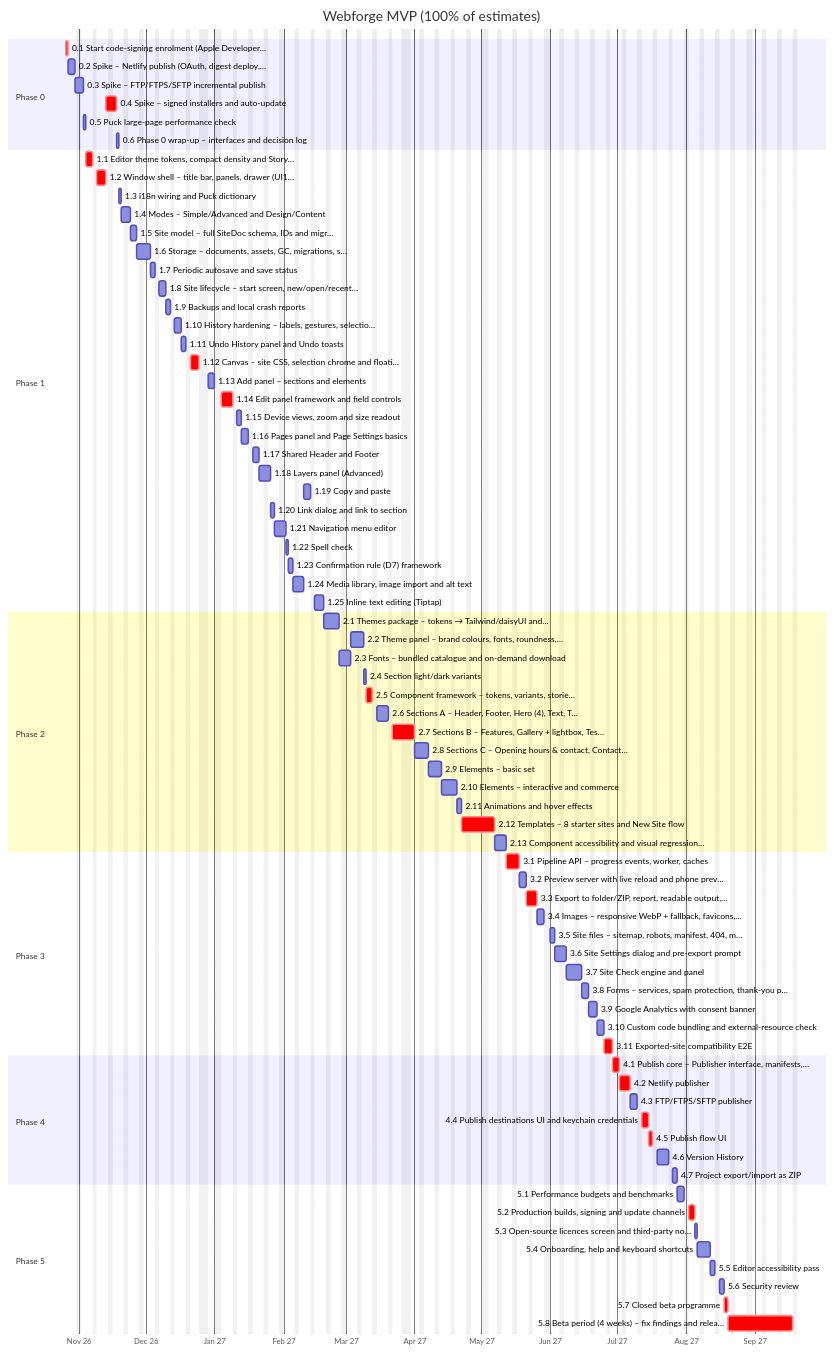
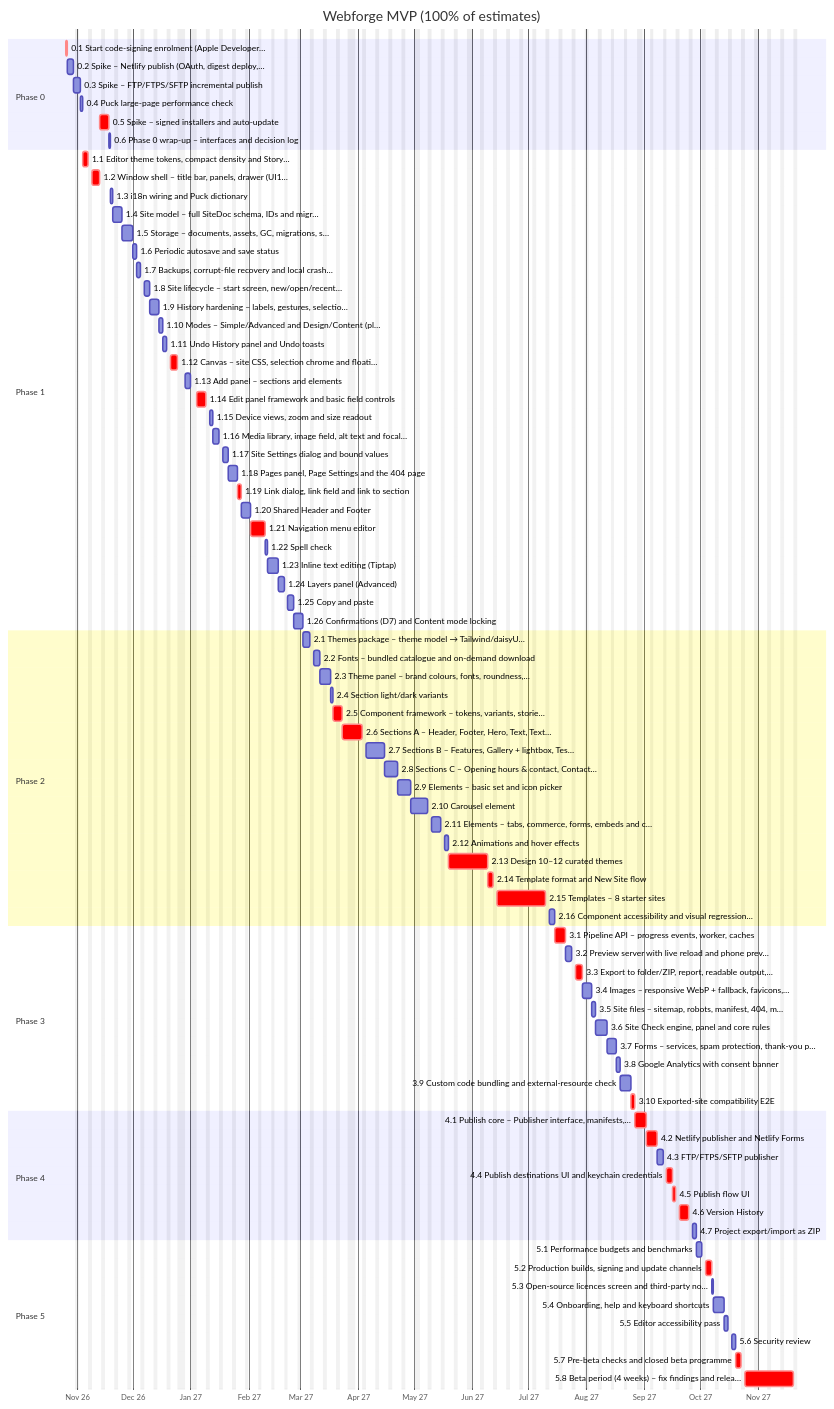
Before and after one commit to nexustech/webforge: the diagram in spec/04-implementation-plan.md, drawn with Mermaid. The commit also changed other lines of this file and 1 other file, not shown here.

First line of the commit message:
docs(spec): apply review fixes to the implementation plan

````diff
--- a/spec/04-implementation-plan.md
+++ b/spec/04-implementation-plan.md
@@ -67,76 +67,79 @@
     0.1 Start code-signing enrolment (Apple Developer… :crit, t0_1, 2026-10-26, 1d
     0.2 Spike – Netlify publish (OAuth, digest deploy,… :t0_2, 2026-10-27, 3d
     0.3 Spike – FTP/FTPS/SFTP incremental publish :t0_3, 2026-10-30, 2d
-    0.4 Spike – signed installers and auto-update :crit, t0_4, 2026-11-13, 3d
-    0.5 Puck large-page performance check :t0_5, 2026-11-03, 1d
+    0.4 Puck large-page performance check :t0_4, 2026-11-03, 1d
+    0.5 Spike – signed installers and auto-update :crit, t0_5, 2026-11-13, 3d
     0.6 Phase 0 wrap-up – interfaces and decision log :t0_6, 2026-11-18, 1d
     section Phase 1
     1.1 Editor theme tokens, compact density and Story… :crit, t1_1, 2026-11-04, 3d
     1.2 Window shell – title bar, panels, drawer (UI1… :crit, t1_2, 2026-11-09, 4d
     1.3 i18n wiring and Puck dictionary :t1_3, 2026-11-19, 1d
-    1.4 Modes – Simple/Advanced and Design/Content :t1_4, 2026-11-20, 2d
-    1.5 Site model – full SiteDoc schema, IDs and migr… :t1_5, 2026-11-24, 3d
-    1.6 Storage – documents, assets, GC, migrations, s… :t1_6, 2026-11-27, 4d
-    1.7 Periodic autosave and save status :t1_7, 2026-12-03, 2d
+    1.4 Site model – full SiteDoc schema, IDs and migr… :t1_4, 2026-11-20, 3d
+    1.5 Storage – documents, assets, GC, migrations, s… :t1_5, 2026-11-25, 4d
+    1.6 Periodic autosave and save status :t1_6, 2026-12-01, 2d
+    1.7 Backups, corrupt-file recovery and local crash… :t1_7, 2026-12-03, 2d
     1.8 Site lifecycle – start screen, new/open/recent… :t1_8, 2026-12-07, 3d
-    1.9 Backups and local crash reports :t1_9, 2026-12-10, 2d
-    1.10 History hardening – labels, gestures, selectio… :t1_10, 2026-12-14, 3d
+    1.9 History hardening – labels, gestures, selectio… :t1_9, 2026-12-10, 3d
+    1.10 Modes – Simple/Advanced and Design/Content (pl… :t1_10, 2026-12-15, 2d
     1.11 Undo History panel and Undo toasts :t1_11, 2026-12-17, 2d
     1.12 Canvas – site CSS, selection chrome and floati… :crit, t1_12, 2026-12-21, 4d
     1.13 Add panel – sections and elements :t1_13, 2026-12-29, 3d
-    1.14 Edit panel framework and field controls :crit, t1_14, 2027-01-04, 5d
+    1.14 Edit panel framework and basic field controls :crit, t1_14, 2027-01-04, 5d
     1.15 Device views, zoom and size readout :t1_15, 2027-01-11, 2d
-    1.16 Pages panel and Page Settings basics :t1_16, 2027-01-13, 3d
-    1.17 Shared Header and Footer :t1_17, 2027-01-18, 3d
-    1.18 Layers panel (Advanced) :t1_18, 2027-01-21, 3d
-    1.19 Copy and paste :t1_19, 2027-02-10, 3d
-    1.20 Link dialog and link to section :t1_20, 2027-01-26, 2d
-    1.21 Navigation menu editor :t1_21, 2027-01-28, 3d
-    1.22 Spell check :t1_22, 2027-02-02, 1d
-    1.23 Confirmation rule (D7) framework :t1_23, 2027-02-03, 2d
-    1.24 Media library, image import and alt text :t1_24, 2027-02-05, 3d
-    1.25 Inline text editing (Tiptap) :t1_25, 2027-02-15, 4d
+    1.16 Media library, image field, alt text and focal… :t1_16, 2027-01-13, 3d
+    1.17 Site Settings dialog and bound values :t1_17, 2027-01-18, 3d
+    1.18 Pages panel, Page Settings and the 404 page :t1_18, 2027-01-21, 3d
+    1.19 Link dialog, link field and link to section :crit, t1_19, 2027-01-26, 2d
+    1.20 Shared Header and Footer :t1_20, 2027-01-28, 3d
+    1.21 Navigation menu editor :crit, t1_21, 2027-02-02, 6d
+    1.22 Spell check :t1_22, 2027-02-10, 1d
+    1.23 Inline text editing (Tiptap) :t1_23, 2027-02-11, 4d
+    1.24 Layers panel (Advanced) :t1_24, 2027-02-17, 3d
+    1.25 Copy and paste :t1_25, 2027-02-22, 3d
+    1.26 Confirmations (D7) and Content mode locking :t1_26, 2027-02-25, 3d
     section Phase 2
-    2.1 Themes package – tokens → Tailwind/daisyUI and… :t2_1, 2027-02-19, 5d
-    2.2 Theme panel – brand colours, fonts, roundness,… :t2_2, 2027-03-03, 4d
-    2.3 Fonts – bundled catalogue and on-demand download :t2_3, 2027-02-26, 3d
-    2.4 Section light/dark variants :t2_4, 2027-03-09, 1d
-    2.5 Component framework – tokens, variants, storie… :crit, t2_5, 2027-03-10, 3d
-    2.6 Sections A – Header, Footer, Hero (4), Text, T… :t2_6, 2027-03-15, 5d
-    2.7 Sections B – Features, Gallery + lightbox, Tes… :crit, t2_7, 2027-03-22, 6d
-    2.8 Sections C – Opening hours & contact, Contact… :t2_8, 2027-04-01, 4d
-    2.9 Elements – basic set :t2_9, 2027-04-07, 4d
-    2.10 Elements – interactive and commerce :t2_10, 2027-04-13, 5d
-    2.11 Animations and hover effects :t2_11, 2027-04-20, 2d
-    2.12 Templates – 8 starter sites and New Site flow :crit, t2_12, 2027-04-22, 10d
-    2.13 Component accessibility and visual regression… :t2_13, 2027-05-07, 3d
+    2.1 Themes package – theme model → Tailwind/daisyU… :t2_1, 2027-03-02, 4d
+    2.2 Fonts – bundled catalogue and on-demand download :t2_2, 2027-03-08, 3d
+    2.3 Theme panel – brand colours, fonts, roundness,… :t2_3, 2027-03-11, 4d
+    2.4 Section light/dark variants :t2_4, 2027-03-17, 1d
+    2.5 Component framework – tokens, variants, storie… :crit, t2_5, 2027-03-18, 3d
+    2.6 Sections A – Header, Footer, Hero, Text, Text… :crit, t2_6, 2027-03-23, 7d
+    2.7 Sections B – Features, Gallery + lightbox, Tes… :t2_7, 2027-04-05, 8d
+    2.8 Sections C – Opening hours & contact, Contact… :t2_8, 2027-04-15, 5d
+    2.9 Elements – basic set and icon picker :t2_9, 2027-04-22, 5d
+    2.10 Carousel element :t2_10, 2027-04-29, 6d
+    2.11 Elements – tabs, commerce, forms, embeds and c… :t2_11, 2027-05-10, 5d
+    2.12 Animations and hover effects :t2_12, 2027-05-17, 2d
+    2.13 Design 10–12 curated themes :crit, t2_13, 2027-05-19, 14d
+    2.14 Template format and New Site flow :crit, t2_14, 2027-06-09, 3d
+    2.15 Templates – 8 starter sites :crit, t2_15, 2027-06-14, 20d
+    2.16 Component accessibility and visual regression… :t2_16, 2027-07-12, 3d
     section Phase 3
-    3.1 Pipeline API – progress events, worker, caches :crit, t3_1, 2027-05-12, 4d
-    3.2 Preview server with live reload and phone prev… :t3_2, 2027-05-18, 3d
-    3.3 Export to folder/ZIP, report, readable output,… :crit, t3_3, 2027-05-21, 3d
-    3.4 Images – responsive WebP + fallback, favicons,… :t3_4, 2027-05-26, 3d
-    3.5 Site files – sitemap, robots, manifest, 404, m… :t3_5, 2027-06-01, 2d
-    3.6 Site Settings dialog and pre-export prompt :t3_6, 2027-06-03, 3d
-    3.7 Site Check engine and panel :t3_7, 2027-06-08, 5d
-    3.8 Forms – services, spam protection, thank-you p… :t3_8, 2027-06-15, 3d
-    3.9 Google Analytics with consent banner :t3_9, 2027-06-18, 2d
-    3.10 Custom code bundling and external-resource check :t3_10, 2027-06-22, 3d
-    3.11 Exported-site compatibility E2E :crit, t3_11, 2027-06-25, 2d
+    3.1 Pipeline API – progress events, worker, caches :crit, t3_1, 2027-07-15, 4d
+    3.2 Preview server with live reload and phone prev… :t3_2, 2027-07-21, 3d
+    3.3 Export to folder/ZIP, report, readable output,… :crit, t3_3, 2027-07-26, 4d
+    3.4 Images – responsive WebP + fallback, favicons,… :t3_4, 2027-07-30, 3d
+    3.5 Site files – sitemap, robots, manifest, 404, m… :t3_5, 2027-08-04, 2d
+    3.6 Site Check engine, panel and core rules :t3_6, 2027-08-06, 4d
+    3.7 Forms – services, spam protection, thank-you p… :t3_7, 2027-08-12, 3d
+    3.8 Google Analytics with consent banner :t3_8, 2027-08-17, 2d
+    3.9 Custom code bundling and external-resource check :t3_9, 2027-08-19, 4d
+    3.10 Exported-site compatibility E2E :crit, t3_10, 2027-08-25, 2d
     section Phase 4
-    4.1 Publish core – Publisher interface, manifests,… :crit, t4_1, 2027-06-29, 3d
-    4.2 Netlify publisher :crit, t4_2, 2027-07-02, 3d
-    4.3 FTP/FTPS/SFTP publisher :t4_3, 2027-07-07, 3d
-    4.4 Publish destinations UI and keychain credentials :crit, t4_4, 2027-07-12, 3d
-    4.5 Publish flow UI :crit, t4_5, 2027-07-15, 2d
-    4.6 Version History :t4_6, 2027-07-19, 5d
-    4.7 Project export/import as ZIP :t4_7, 2027-07-26, 2d
+    4.1 Publish core – Publisher interface, manifests,… :crit, t4_1, 2027-08-27, 3d
+    4.2 Netlify publisher and Netlify Forms :crit, t4_2, 2027-09-02, 4d
+    4.3 FTP/FTPS/SFTP publisher :t4_3, 2027-09-08, 3d
+    4.4 Publish destinations UI and keychain credentials :crit, t4_4, 2027-09-13, 3d
+    4.5 Publish flow UI :crit, t4_5, 2027-09-16, 2d
+    4.6 Version History :crit, t4_6, 2027-09-20, 5d
+    4.7 Project export/import as ZIP :t4_7, 2027-09-27, 2d
     section Phase 5
-    5.1 Performance budgets and benchmarks :t5_1, 2027-07-28, 3d
-    5.2 Production builds, signing and update channels :crit, t5_2, 2027-08-02, 3d
-    5.3 Open-source licences screen and third-party no… :t5_3, 2027-08-05, 1d
-    5.4 Onboarding, help and keyboard shortcuts :t5_4, 2027-08-06, 4d
-    5.5 Editor accessibility pass :t5_5, 2027-08-12, 2d
-    5.6 Security review :t5_6, 2027-08-16, 2d
-    5.7 Closed beta programme :crit, t5_7, 2027-08-18, 2d
-    5.8 Beta period (4 weeks) – fix findings and relea… :crit, t5_8, 2027-08-20, 20d
+    5.1 Performance budgets and benchmarks :t5_1, 2027-09-29, 3d
+    5.2 Production builds, signing and update channels :crit, t5_2, 2027-10-04, 3d
+    5.3 Open-source licences screen and third-party no… :t5_3, 2027-10-07, 1d
+    5.4 Onboarding, help and keyboard shortcuts :t5_4, 2027-10-08, 4d
+    5.5 Editor accessibility pass :t5_5, 2027-10-14, 2d
+    5.6 Security review :t5_6, 2027-10-18, 2d
+    5.7 Pre-beta checks and closed beta programme :crit, t5_7, 2027-10-20, 3d
+    5.8 Beta period (4 weeks) – fix findings and relea… :crit, t5_8, 2027-10-25, 20d
 ```
````
